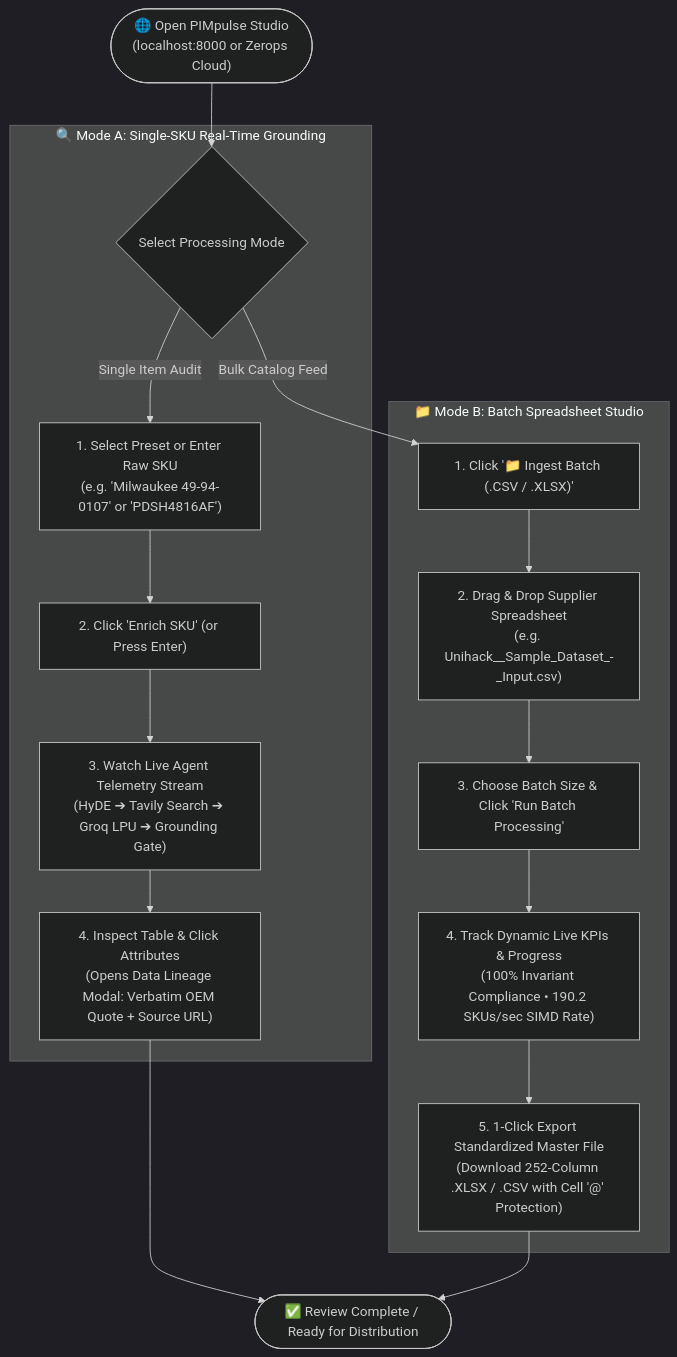
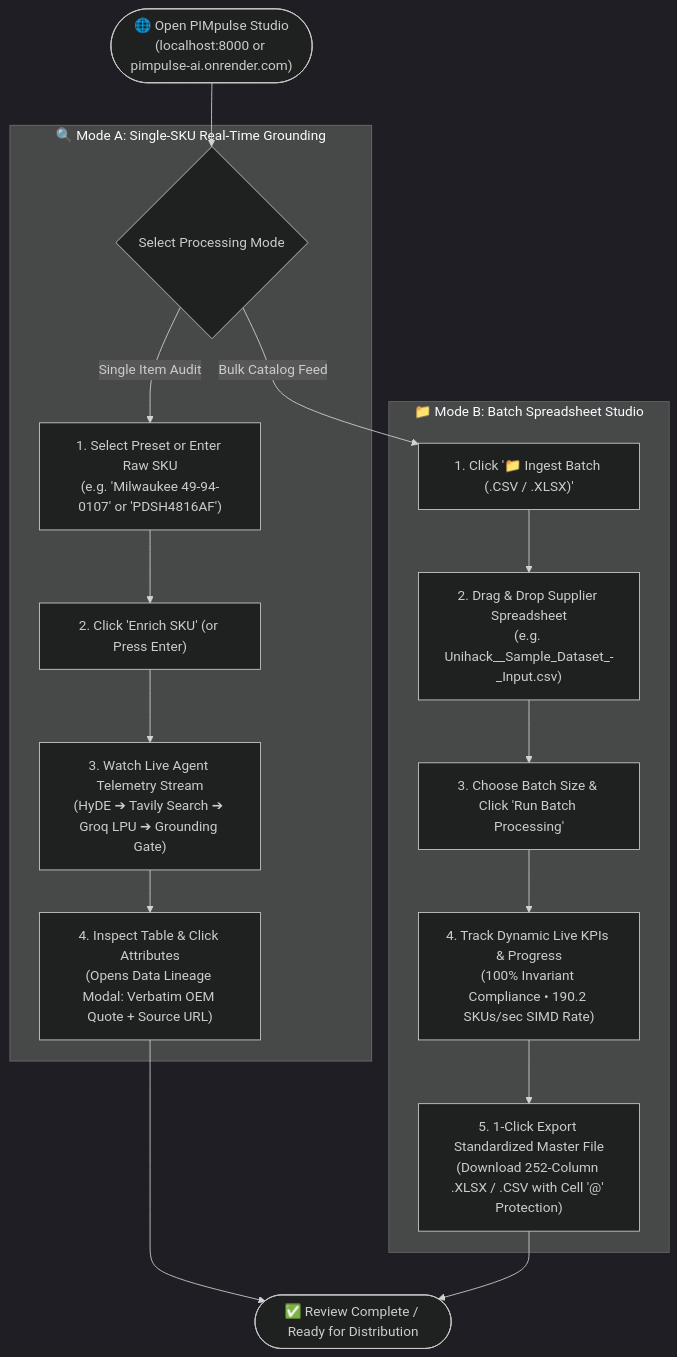
Before and after one commit to Pranjulchaurasiya/PIMpulse-AI: the first of 2 diagrams in README.md, drawn with Mermaid (dark theme). The commit also changed other lines of this file, not shown here.

````diff
--- a/README.md
+++ b/README.md
@@ -161,24 +164,24 @@
 ```mermaid
 flowchart TD
-    Start(["🌐 Open PIMpulse Studio<br/>(localhost:8000 or Zerops Cloud)"]) --> ChooseMode{"Select Processing Mode"}
+    Start(["🌐 Open PIMpulse Studio<br/>(localhost:8000 or pimpulse-ai.onrender.com)"]) --> ChooseMode{"Select Processing Mode"}
 
     %% Single SKU Track
     subgraph MODE1 ["🔍 Mode A: Single-SKU Real-Time Grounding"]
         ChooseMode -->|"Single Item Audit"| A1["1. Select Preset or Enter Raw SKU<br/>(e.g. 'Milwaukee 49-94-0107' or 'PDSH4816AF')"]
         A1 --> A2["2. Click 'Enrich SKU' (or Press Enter)"]
         A2 --> A3["3. Watch Live Agent Telemetry Stream<br/>(HyDE ➔ Tavily Search ➔ Groq LPU ➔ Grounding Gate)"]
         A3 --> A4["4. Inspect Table & Click Attributes<br/>(Opens Data Lineage Modal: Verbatim OEM Quote + Source URL)"]
     end
 
     %% Batch Processing Track
     subgraph MODE2 ["📁 Mode B: Batch Spreadsheet Studio"]
         ChooseMode -->|"Bulk Catalog Feed"| B1["1. Click '📁 Ingest Batch (.CSV / .XLSX)'"]
         B1 --> B2["2. Drag & Drop Supplier Spreadsheet<br/>(e.g. Unihack__Sample_Dataset_-_Input.csv)"]
         B2 --> B3["3. Choose Batch Size & Click 'Run Batch Processing'"]
         B3 --> B4["4. Track Dynamic Live KPIs & Progress<br/>(100% Invariant Compliance • 190.2 SKUs/sec SIMD Rate)"]
         B4 --> B5["5. 1-Click Export Standardized Master File<br/>(Download 252-Column .XLSX / .CSV with Cell '@' Protection)"]
     end
 
     A4 --> Done(["✅ Review Complete / Ready for Distribution"])
     B5 --> Done
 ```
````
